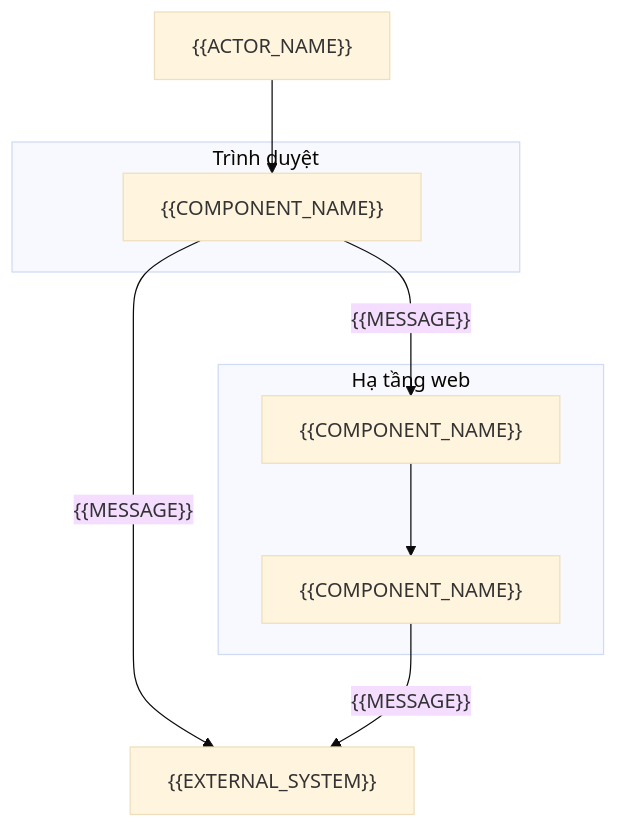
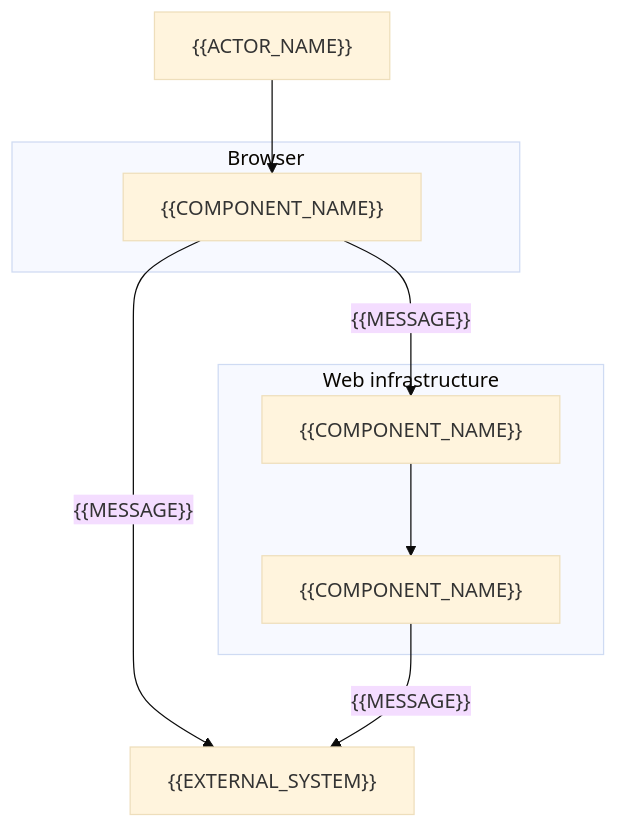
Before and after one commit to vuquoctrungbk/specflow: the first of 3 diagrams in skills/specflow/assets/kit/overlays/frontend-web/architecture-sections.md, drawn with Mermaid (base theme). The commit also changed other lines of this file and 100 other files, not shown here.

````diff
--- a/skills/specflow/assets/kit/overlays/frontend-web/architecture-sections.md
+++ b/skills/specflow/assets/kit/overlays/frontend-web/architecture-sections.md
@@ -16,17 +16,17 @@
 ```mermaid
 flowchart TD
     U["{{ACTOR_NAME}}"]
-    subgraph Browser[Trình duyệt]
+    subgraph Browser[Browser]
         UI["{{COMPONENT_NAME}}"]
     end
-    subgraph Web[Hạ tầng web]
+    subgraph Web[Web infrastructure]
         CDN["{{COMPONENT_NAME}}"]
         APP["{{COMPONENT_NAME}}"]
     end
     API["{{EXTERNAL_SYSTEM}}"]
     U --> UI
     UI -->|"{{MESSAGE}}"| CDN
     CDN --> APP
     UI -->|"{{MESSAGE}}"| API
     APP -->|"{{MESSAGE}}"| API
 ```
````
